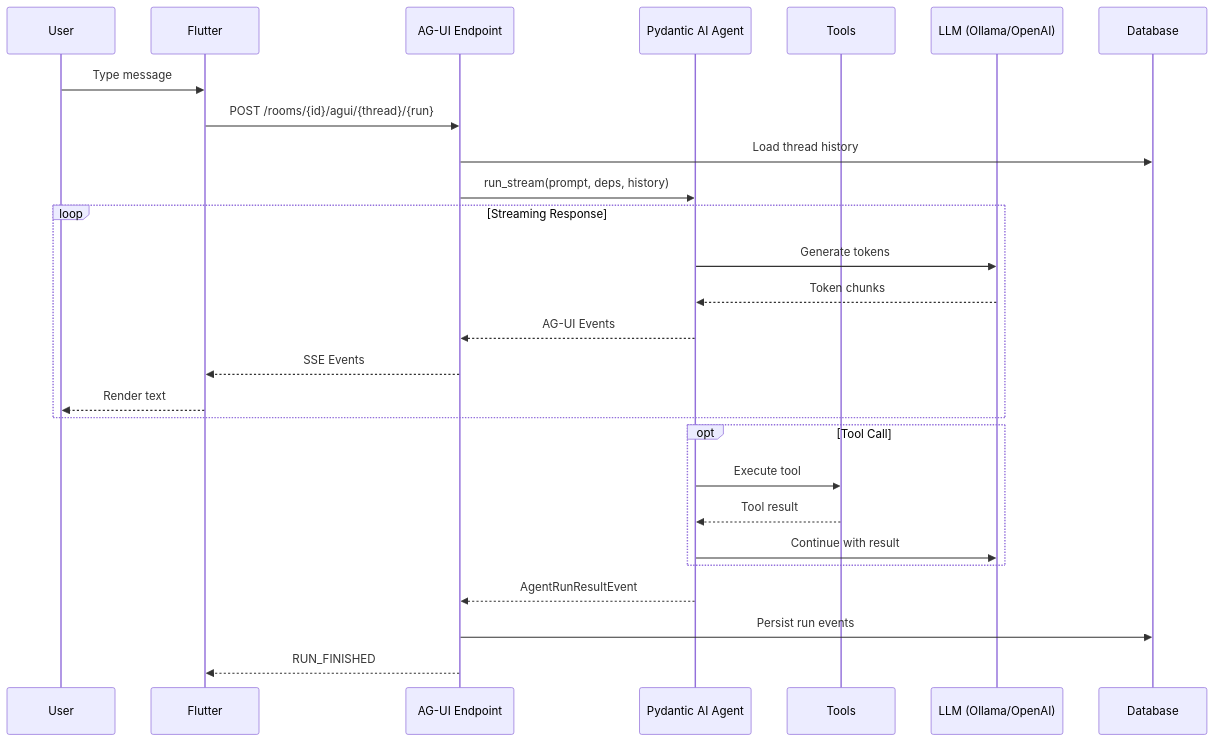
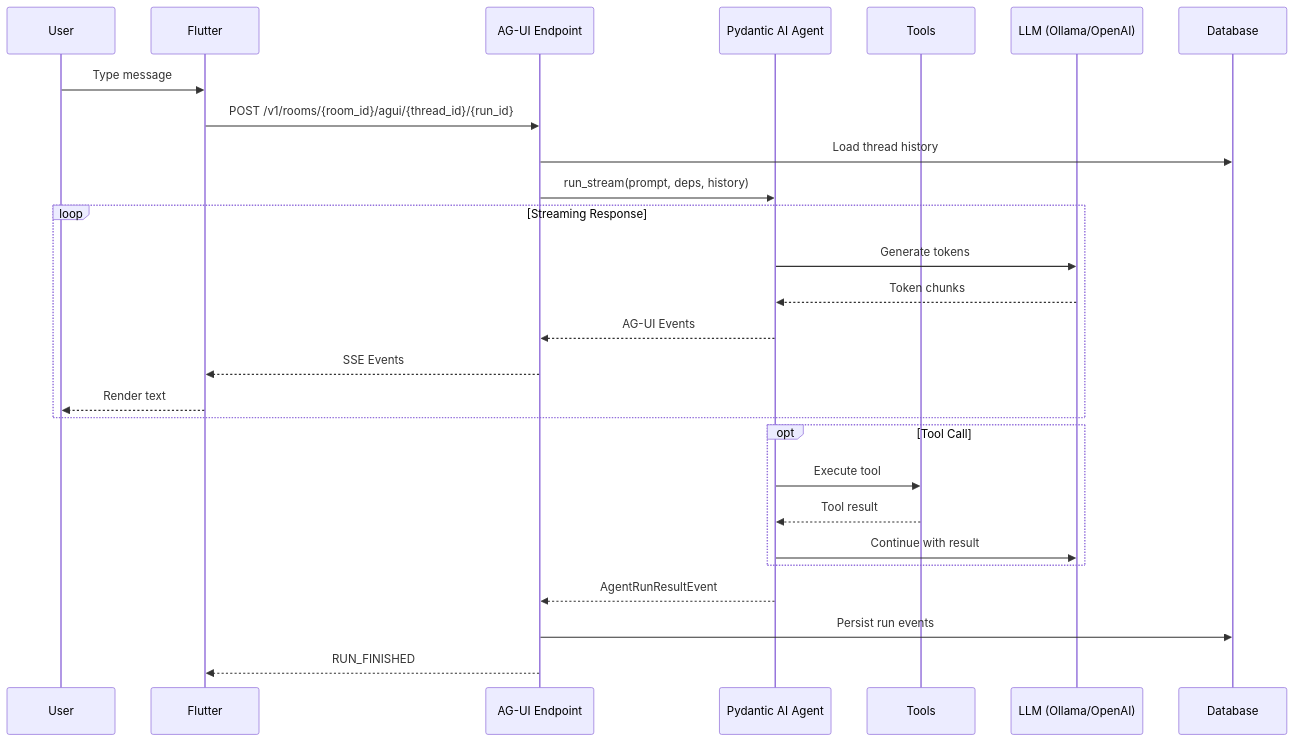
Before and after one commit to soliplex/soliplex: the second of 9 diagrams in docsV2/developer-guide/architecture.md, drawn with Mermaid. The commit also changed other lines of this file, not shown here.

First line of the commit message:
docs: fix architecture documentation accuracy

````diff
--- a/docsV2/developer-guide/architecture.md
+++ b/docsV2/developer-guide/architecture.md
@@ -77,33 +77,33 @@
 ```mermaid
 sequenceDiagram
     participant U as User
     participant F as Flutter
     participant A as AG-UI Endpoint
     participant P as Pydantic AI Agent
     participant T as Tools
     participant L as LLM (Ollama/OpenAI)
     participant D as Database
 
     U->>F: Type message
-    F->>A: POST /rooms/{id}/agui/{thread}/{run}
+    F->>A: POST /v1/rooms/{room_id}/agui/{thread_id}/{run_id}
     A->>D: Load thread history
     A->>P: run_stream(prompt, deps, history)
 
     loop Streaming Response
         P->>L: Generate tokens
         L-->>P: Token chunks
         P-->>A: AG-UI Events
         A-->>F: SSE Events
         F-->>U: Render text
     end
 
     opt Tool Call
         P->>T: Execute tool
         T-->>P: Tool result
         P->>L: Continue with result
     end
 
     P-->>A: AgentRunResultEvent
     A->>D: Persist run events
     A-->>F: RUN_FINISHED
 ```
````
